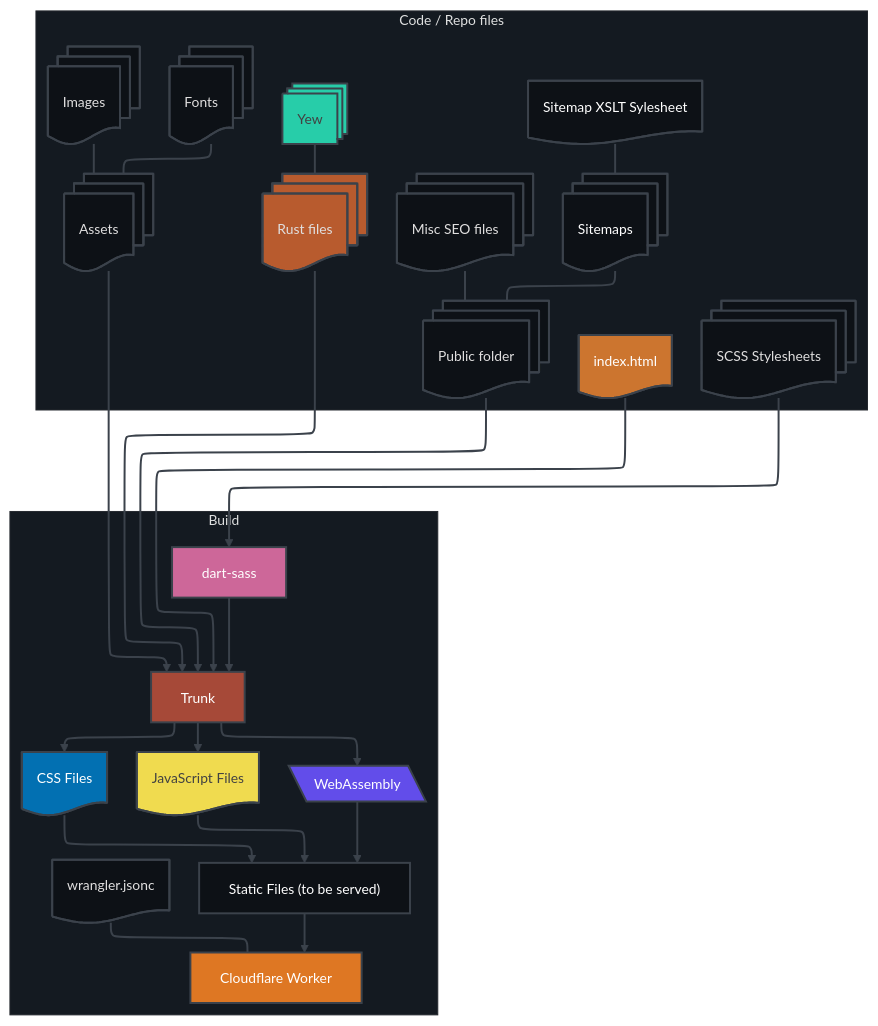
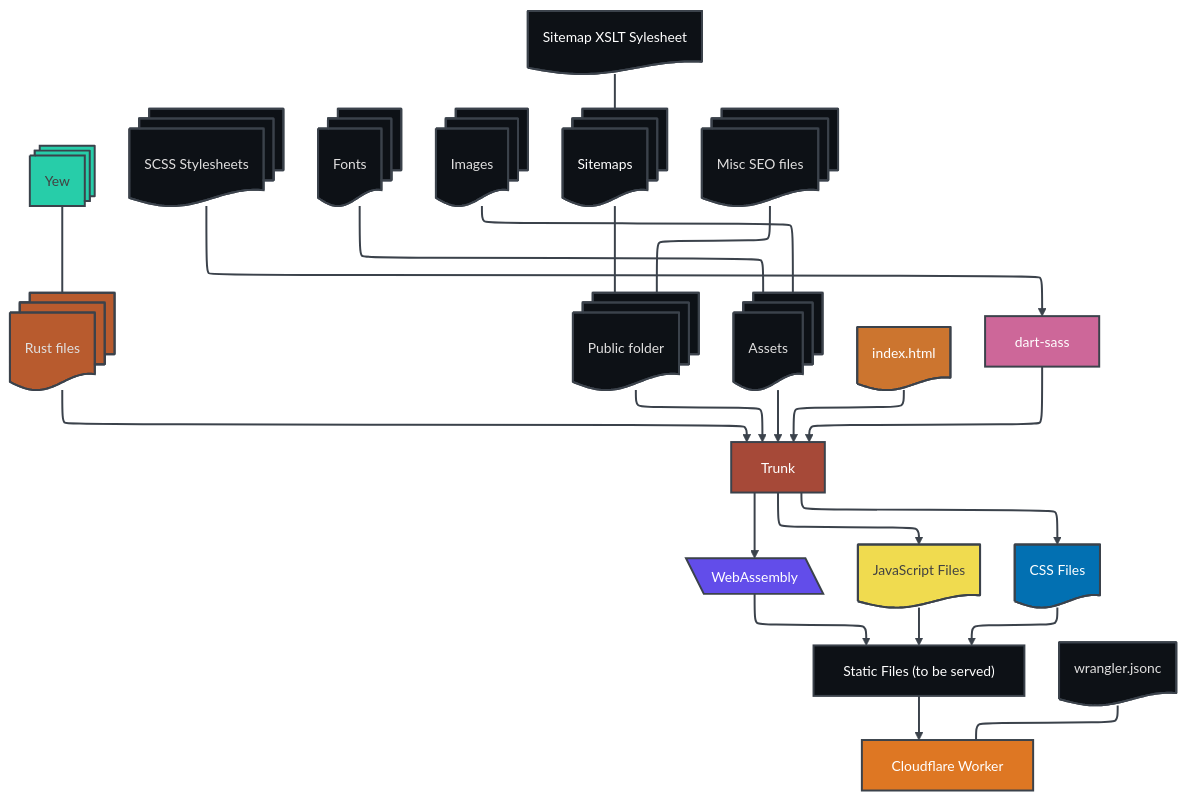
Before and after one commit to MysticalMike60t/rustismylife: the diagram in README.md, drawn with Mermaid.

```diff
--- a/README.md
+++ b/README.md
@@ -24,54 +24,25 @@
   theme: redux-dark
 ---
 flowchart TB
- subgraph s1["Build"]
-        webassembly["WebAssembly"]
-        n4["Static Files (to be served)"]
-        n7["Trunk"]
-        n19["JavaScript Files"]
-        n20["CSS Files"]
-        n17["Cloudflare Worker"]
-        n18["wrangler.jsonc"]
-        n14["dart-sass"]
-  end
- subgraph s2["Code / Repo files"]
-        n6["Yew"]
-        n11["Rust files"]
-        n8["Public folder"]
-        n10["Assets"]
-        n5["index.html"]
-        n9["SCSS Stylesheets"]
-        n12["Fonts"]
-        n13["Images"]
-        n15["Sitemaps"]
-        n16["Misc SEO files"]
-        n21["Sitemap XSLT Sylesheet"]
-  end
-    webassembly --> n4
-    n6 --- n11
-    n11 --> n7
-    n8 --> n7
-    n10 --> n7
-    n5 --> n7
-    n7 --> webassembly & n19 & n20
-    n9 --> n14
+    webassembly["WebAssembly"] --> n4["Static Files (to be served)"]
+    n6["Yew"] --- n11["Rust files"]
+    n11 --> n7["Trunk"]
+    n8["Public folder"] --> n7
+    n10["Assets"] --> n7
+    n5["index.html"] --> n7
+    n7 --> webassembly & n19["JavaScript Files"] & n20["CSS Files"]
+    n9["SCSS Stylesheets"] --> n14["dart-sass"]
     n14 --> n7
-    n12 --- n10
-    n13 --- n10
-    n15 --- n8
-    n16 --- n8
-    n4 --> n17
-    n18 --- n17
+    n12["Fonts"] --- n10
+    n13["Images"] --- n10
+    n15["Sitemaps"] --- n8
+    n16["Misc SEO files"] --- n8
+    n4 --> n17["Cloudflare Worker"]
+    n18["wrangler.jsonc"] --- n17
     n19 --> n4
     n20 --> n4
-    n21 --- n15
+    n21["Sitemap XSLT Sylesheet"] --- n15
 
-    webassembly@{ shape: lean-l}
-    n7@{ shape: proc}
-    n19@{ shape: doc}
-    n20@{ shape: doc}
-    n17@{ shape: proc}
-    n18@{ shape: doc}
     n6@{ shape: procs}
     n11@{ shape: docs}
     n8@{ shape: docs}
@@ -83,20 +54,19 @@
     n15@{ shape: docs}
     n16@{ shape: docs}
     n21@{ shape: doc}
+    webassembly@{ shape: lean-l}
+    n7@{ shape: proc}
+    n19@{ shape: doc}
+    n20@{ shape: doc}
     n14@{ shape: proc}
+    n17@{ shape: proc}
+    n18@{ shape: doc}
+     n15:::Basic
+     n21:::Basic
      n19:::Basic
      n20:::Basic
-     n15:::Basic
-     n21:::Basic
     classDef Aqua stroke-width:1px, stroke-dasharray:none, stroke:#3B424B, fill:#DEFFF8, color:#378E7A
     classDef Basic stroke:3B424B, fill:#0D1116, color:#FFFFFF
-    style webassembly fill:#624DEA,stroke:#3B424B,color:#FFFFFF
-    style n4 fill:#0D1116,stroke:#3B424B,color:#FFFFFF
-    style n7 stroke:#3B424B,fill:#A64938,color:#FFFFFF
-    style n19 fill:#F0DB4F,stroke:#3B424B,color:#424242
-    style n20 fill:#0270B2,stroke:#3B424B
-    style n17 fill:#DE7723,stroke:#3B424B,color:#FFFFFF
-    style n18 fill:#0D1116,stroke:#3B424B
     style n6 fill:#27CDA9,stroke:#3B424B,color:#424242
     style n11 fill:#B85B2E,stroke:#3B424B
     style n8 fill:#0D1116,stroke:#3B424B
@@ -108,9 +78,14 @@
     style n15 fill:#0D1116,stroke:#3B424B
     style n16 fill:#0D1116,stroke:#3B424B
     style n21 fill:#0D1116,stroke:#3B424B
+    style webassembly fill:#624DEA,stroke:#3B424B,color:#FFFFFF
+    style n4 fill:#0D1116,stroke:#3B424B,color:#FFFFFF
+    style n7 stroke:#3B424B,fill:#A64938,color:#FFFFFF
+    style n19 fill:#F0DB4F,stroke:#3B424B,color:#424242
+    style n20 fill:#0270B2,stroke:#3B424B
     style n14 stroke:#3B424B,fill:#CD6799,color:#FFFFFF
-    style s1 fill:#141A21,stroke:#24282E
-    style s2 fill:#141A21,stroke:#24282E
+    style n17 fill:#DE7723,stroke:#3B424B,color:#FFFFFF
+    style n18 fill:#0D1116,stroke:#3B424B
     linkStyle 0 stroke:#3B424B,fill:none
     linkStyle 1 stroke:#3B424B,fill:none
     linkStyle 2 stroke:#3B424B,fill:none
```
